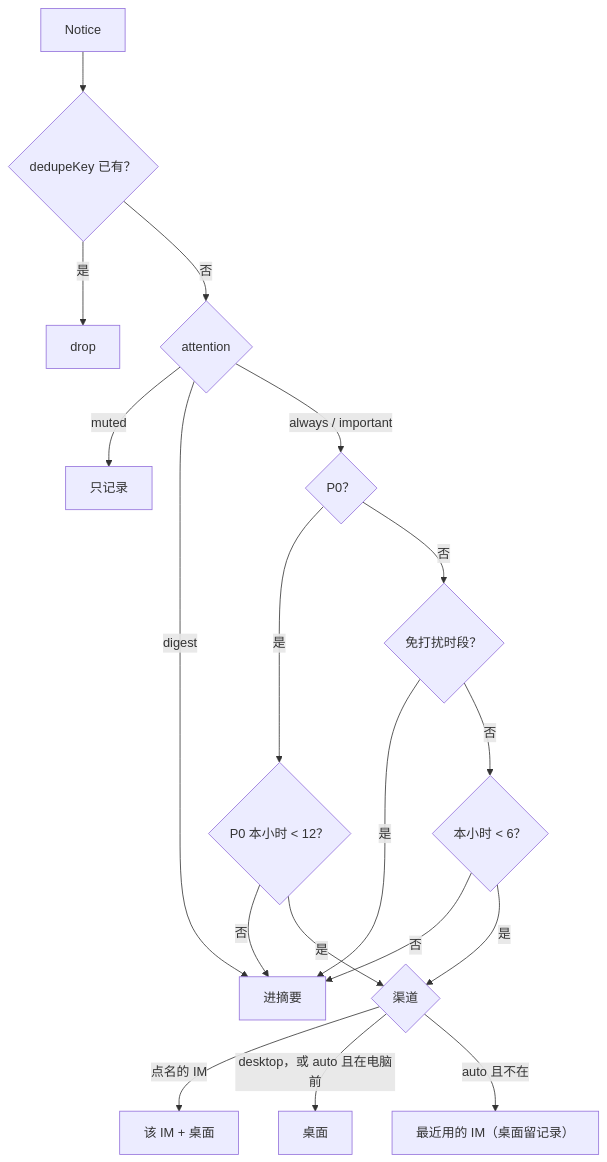
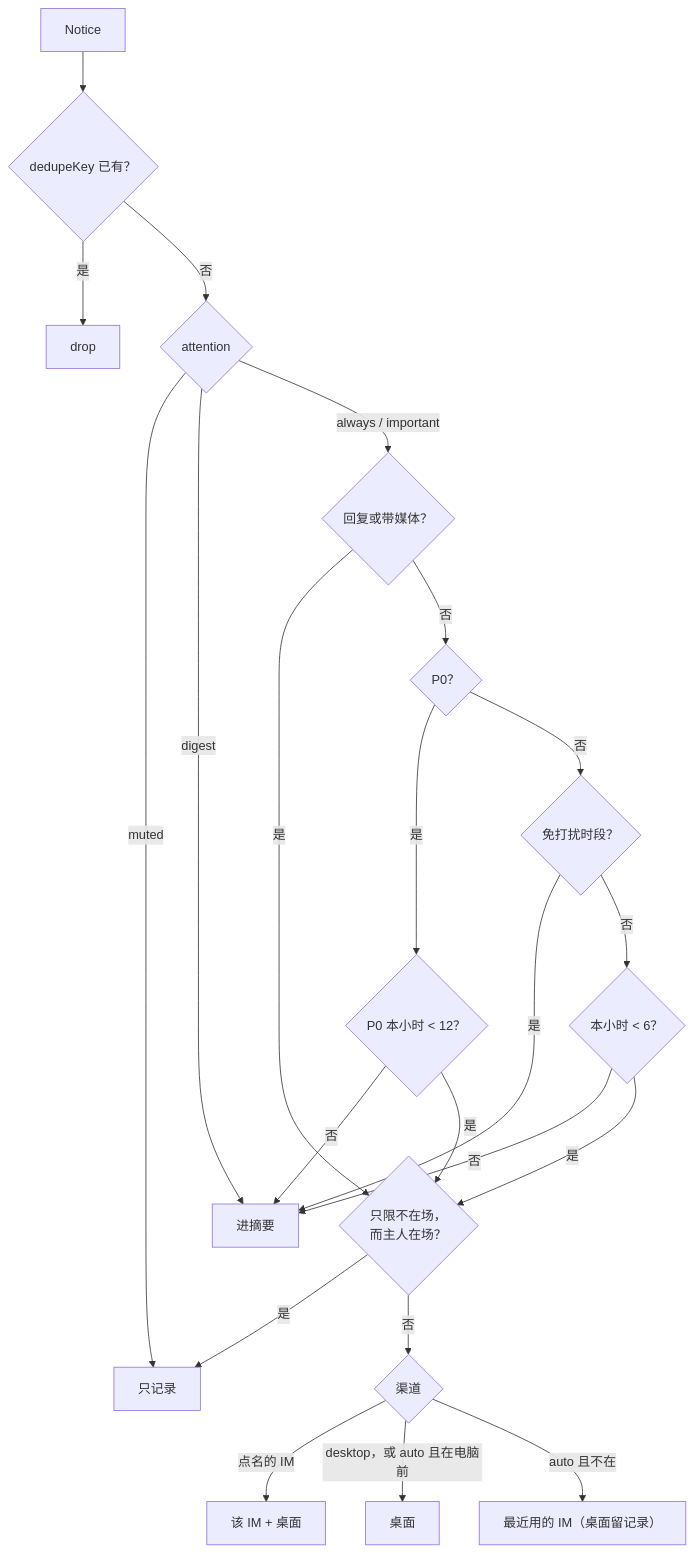
One commit to cjhyy/codeshell changed the fourth of 5 diagrams in docs/superpowers/specs/2026-11-09-mimi-dispatch-notify-proactivity-design.md. Above: the diagram before and after it, drawn with Mermaid. The commit also changed other lines of this file, not shown here.

````diff
--- a/docs/superpowers/specs/2026-11-09-mimi-dispatch-notify-proactivity-design.md
+++ b/docs/superpowers/specs/2026-11-09-mimi-dispatch-notify-proactivity-design.md
@@ -409,20 +451,24 @@
 ```mermaid
 flowchart TD
   N["Notice"] --> D0{"dedupeKey 已有？"}
   D0 -->|是| X0["drop"]
   D0 -->|否| A0{"attention"}
   A0 -->|muted| X1["只记录"]
   A0 -->|digest| DG["进摘要"]
-  A0 -->|"always / important"| P0{"P0？"}
+  A0 -->|"always / important"| IM0{"回复或带媒体？"}
+  IM0 -->|是| RA
+  IM0 -->|否| P0{"P0？"}
   P0 -->|是| C0{"P0 本小时 < 12？"}
   C0 -->|否| DG
-  C0 -->|是| CH
+  C0 -->|是| RA
   P0 -->|否| Q1{"免打扰时段？"}
   Q1 -->|是| DG
   Q1 -->|否| Q2{"本小时 < 6？"}
   Q2 -->|否| DG
-  Q2 -->|是| CH{"渠道"}
+  Q2 -->|是| RA{"只限不在场，<br/>而主人在场？"}
+  RA -->|是| X1
+  RA -->|否| CH{"渠道"}
   CH -->|"点名的 IM"| BOTH["该 IM + 桌面"]
   CH -->|"desktop，或 auto 且在电脑前"| DSK["桌面"]
   CH -->|"auto 且不在"| WX["最近用的 IM（桌面留记录）"]
 ```
````
